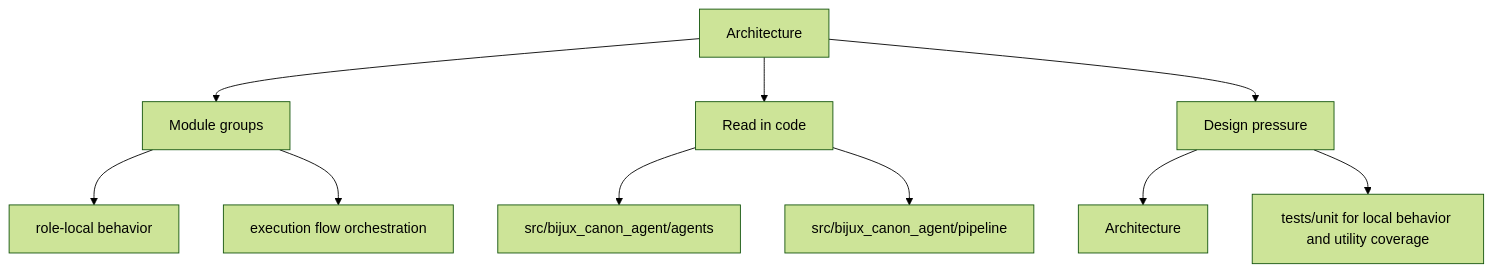
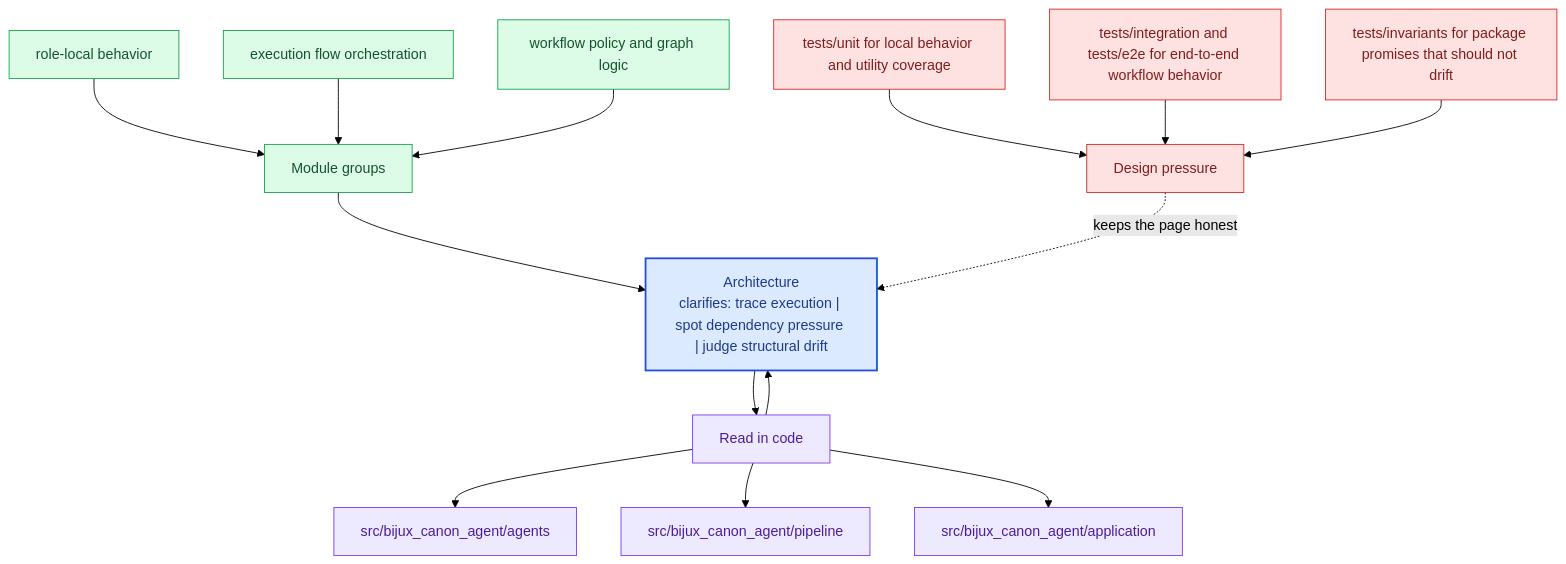
One commit to bijux/bijux-canon changed the second of 2 diagrams in docs/bijux-canon-agent/architecture/index.md. Above: the diagram before and after it, drawn with Mermaid (forest theme). The commit also changed other lines of this file and 281 other files, not shown here.

Commit message:
docs(diagrams): deepen handbook mermaid maps across the catalog

````diff
--- a/docs/bijux-canon-agent/architecture/index.md
+++ b/docs/bijux-canon-agent/architecture/index.md
@@ -32,22 +65,40 @@
 ```mermaid
-flowchart TD
-    page["Architecture"]
+flowchart TB
+    promise["Architecture<br/>clarifies: trace execution | spot dependency pressure | judge structural drift"]
+    classDef promise fill:#dbeafe,stroke:#1d4ed8,color:#1e3a8a,stroke-width:2px;
+    classDef driver fill:#dcfce7,stroke:#16a34a,color:#14532d;
+    classDef constraint fill:#fee2e2,stroke:#dc2626,color:#7f1d1d;
+    classDef ground fill:#ede9fe,stroke:#7c3aed,color:#4c1d95;
     focus1["Module groups"]
-    page --> focus1
+    focus1 --> promise
     focus1_1["role-local behavior"]
-    focus1 --> focus1_1
+    focus1_1 --> focus1
     focus1_2["execution flow orchestration"]
-    focus1 --> focus1_2
+    focus1_2 --> focus1
+    focus1_3["workflow policy and graph logic"]
+    focus1_3 --> focus1
+    class focus1 driver;
+    class focus1_1,focus1_2,focus1_3 driver;
     focus2["Read in code"]
-    page --> focus2
+    focus2 --> promise
+    promise --> focus2
     focus2_1["src/bijux_canon_agent/agents"]
     focus2 --> focus2_1
     focus2_2["src/bijux_canon_agent/pipeline"]
     focus2 --> focus2_2
+    focus2_3["src/bijux_canon_agent/application"]
+    focus2 --> focus2_3
+    class focus2 ground;
+    class focus2_1,focus2_2,focus2_3 ground;
     focus3["Design pressure"]
-    page --> focus3
-    focus3_1["Architecture"]
-    focus3 --> focus3_1
-    focus3_2["tests/unit for local behavior and utility coverage"]
-    focus3 --> focus3_2
+    focus3 -.keeps the page honest.-> promise
+    focus3_1["tests/unit for local behavior and utility coverage"]
+    focus3_1 --> focus3
+    focus3_2["tests/integration and tests/e2e for end-to-end workflow behavior"]
+    focus3_2 --> focus3
+    focus3_3["tests/invariants for package promises that should not drift"]
+    focus3_3 --> focus3
+    class focus3 constraint;
+    class focus3_1,focus3_2,focus3_3 constraint;
+    class promise promise;
 ```
````
